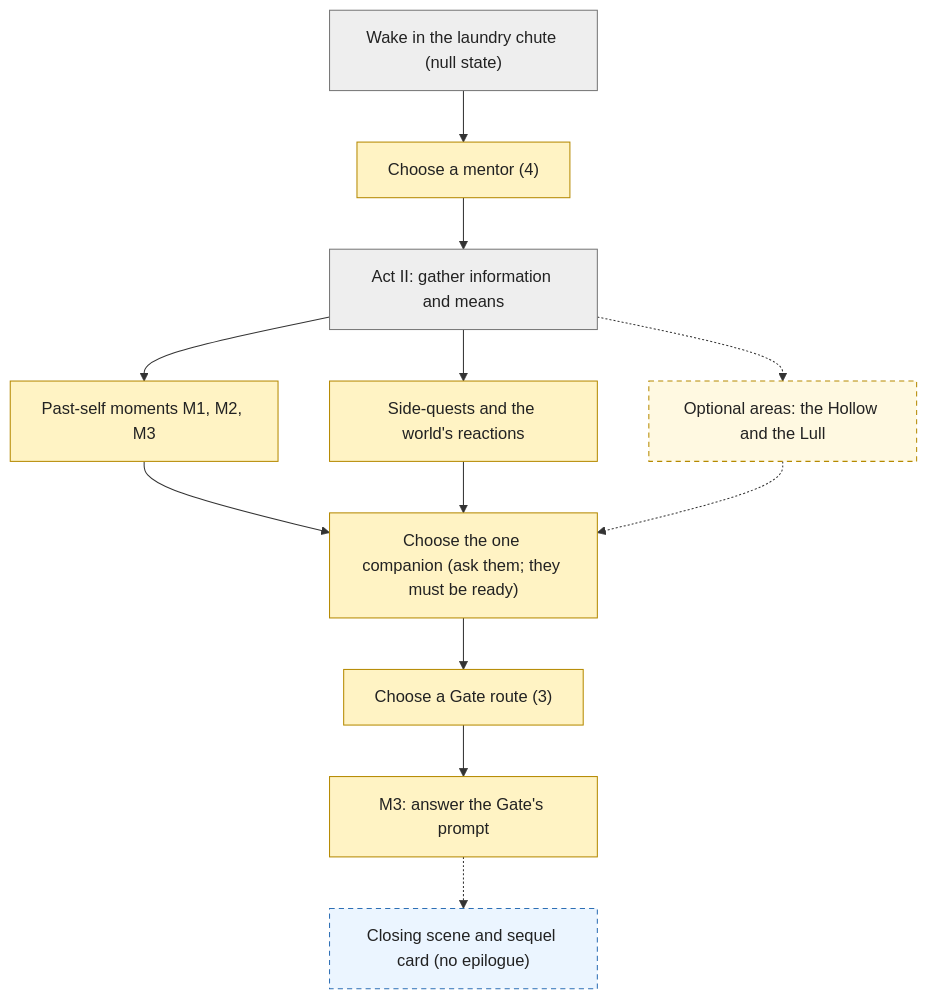
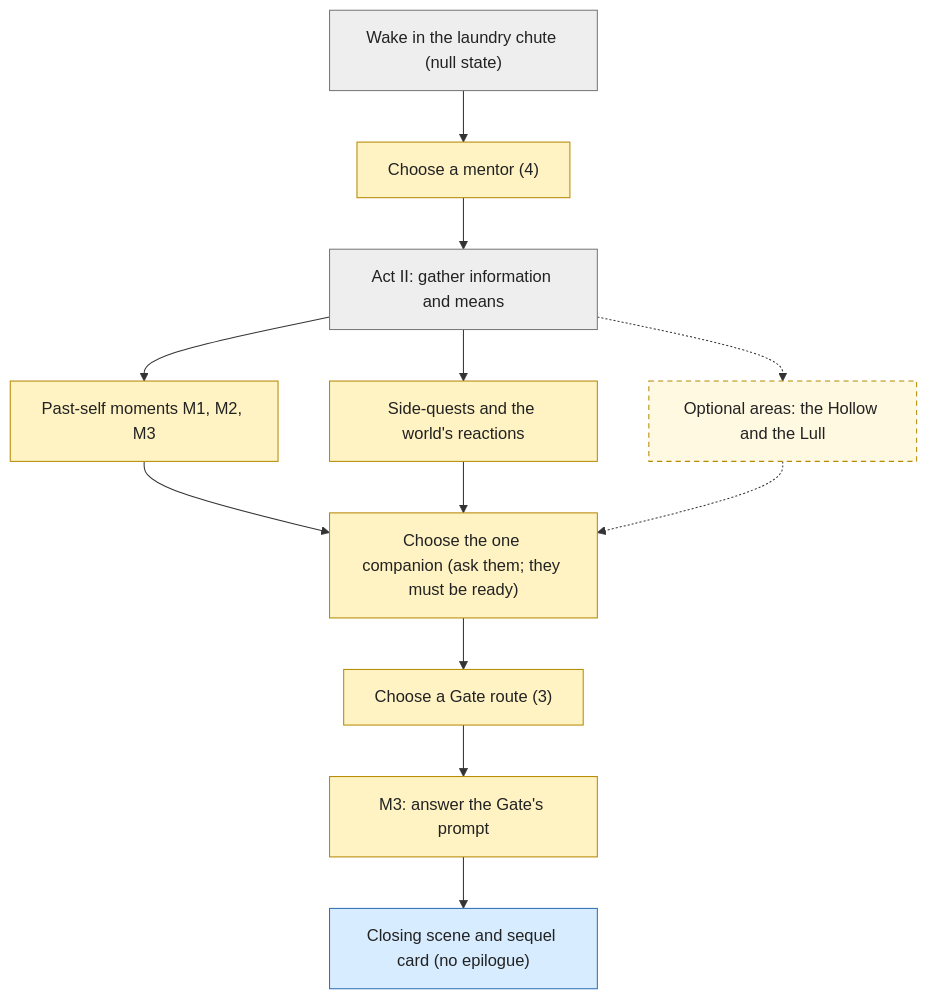
The first of 7 diagrams in docs/decision-tree.md (chrislee35/quiet-hours), drawn with Mermaid before and after one commit. The commit also changed other lines of this file and 20 other files, not shown here.

````diff
--- a/docs/decision-tree.md
+++ b/docs/decision-tree.md
@@ -13,33 +13,33 @@
 ```mermaid
 flowchart TD
   n_wake["Wake in the laundry chute (null state)"]
   n_mentor["Choose a mentor (4)"]
   n_past["Past-self moments M1, M2, M3"]
   n_side["Side-quests and the world's reactions"]
   n_pieces["Act II: gather information and means"]
   n_optional["Optional areas: the Hollow and the Lull"]
   n_companion["Choose the one companion (ask them; they must be ready)"]
   n_route["Choose a Gate route (3)"]
   n_m3["M3: answer the Gate's prompt"]
   n_closing["Closing scene and sequel card (no epilogue)"]
   n_wake --> n_mentor
   n_mentor --> n_pieces
   n_pieces --> n_past
   n_pieces --> n_side
   n_pieces -.-> n_optional
   n_past --> n_companion
   n_side --> n_companion
   n_optional -.-> n_companion
   n_companion --> n_route
   n_route --> n_m3
-  n_m3 -.-> n_closing
+  n_m3 --> n_closing
   class n_mentor,n_past,n_side,n_optional,n_companion,n_route,n_m3 decision
   class n_closing outcome
   class n_wake,n_pieces state
-  class n_optional,n_closing planned
+  class n_optional planned
   classDef decision fill:#fff3c4,stroke:#b58900,color:#222
   classDef outcome fill:#d8ecff,stroke:#2d6fb5,color:#222
   classDef achievement fill:#d9f2d9,stroke:#2e8b3d,color:#222
   classDef state fill:#eeeeee,stroke:#777,color:#222
   classDef planned stroke-dasharray:5 4,fill-opacity:0.5
 ```
````
